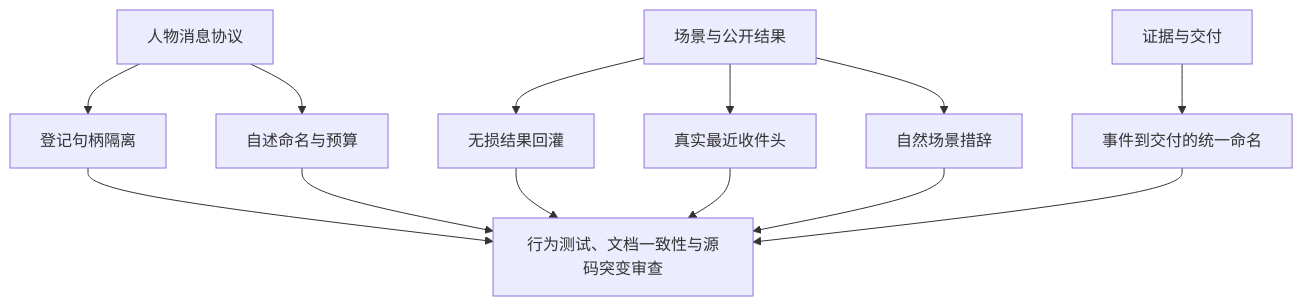
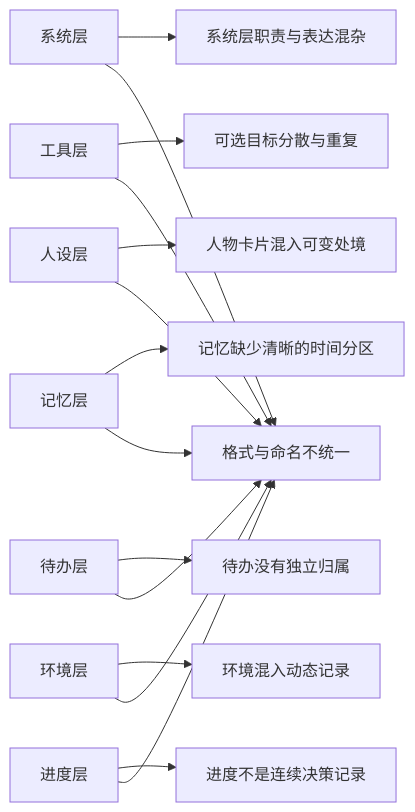
Before and after one commit to HoldThatThgt/WorldMock: the third of 4 diagrams in docs/dev/PROPOSAL-decision-context.md, drawn with Mermaid. The commit also changed other lines of this file and 11 other files, not shown here.

````diff
--- a/docs/dev/PROPOSAL-decision-context.md
+++ b/docs/dev/PROPOSAL-decision-context.md
@@ -81,10 +229,11 @@
 ```mermaid
-flowchart TB
-    A[人物消息协议] --> A1[登记句柄隔离]
-    A --> A2[自述命名与预算]
-    B[场景与公开结果] --> B1[无损结果回灌]
-    B --> B2[真实最近收件头]
-    B --> B3[自然场景措辞]
-    C[证据与交付] --> C1[事件到交付的统一命名]
-    A1 & A2 & B1 & B2 & B3 & C1 --> V[行为测试、文档一致性与源码突变审查]
+flowchart LR
+    S[系统层] --> SG[系统层职责与表达混杂]
+    T[工具层] --> TG[可选目标分散与重复]
+    P[人设层] --> PG[人物卡片混入可变处境]
+    M[记忆层] --> MG[记忆缺少清晰的时间分区]
+    D[待办层] --> DG[待办没有独立归属]
+    E[环境层] --> EG[环境混入动态记录]
+    G[进度层] --> GG[进度不是连续决策记录]
+    S & T & P & M & D & E & G --> FG[格式与命名不统一]
 ```
````
